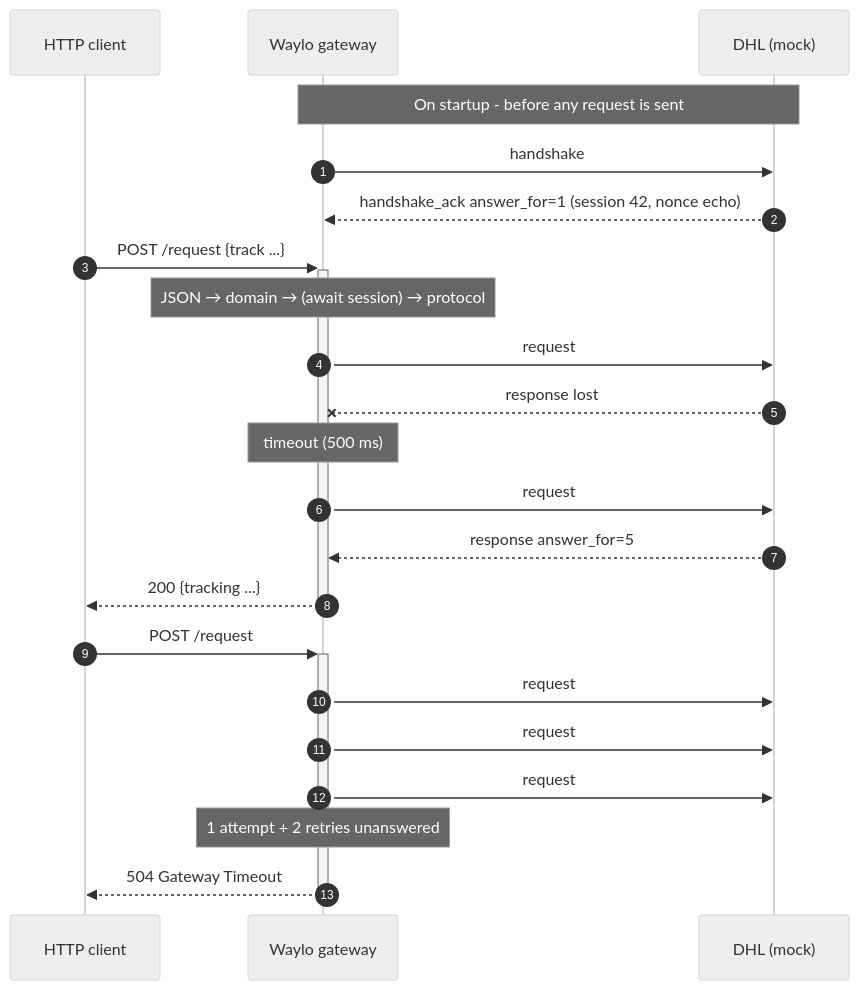
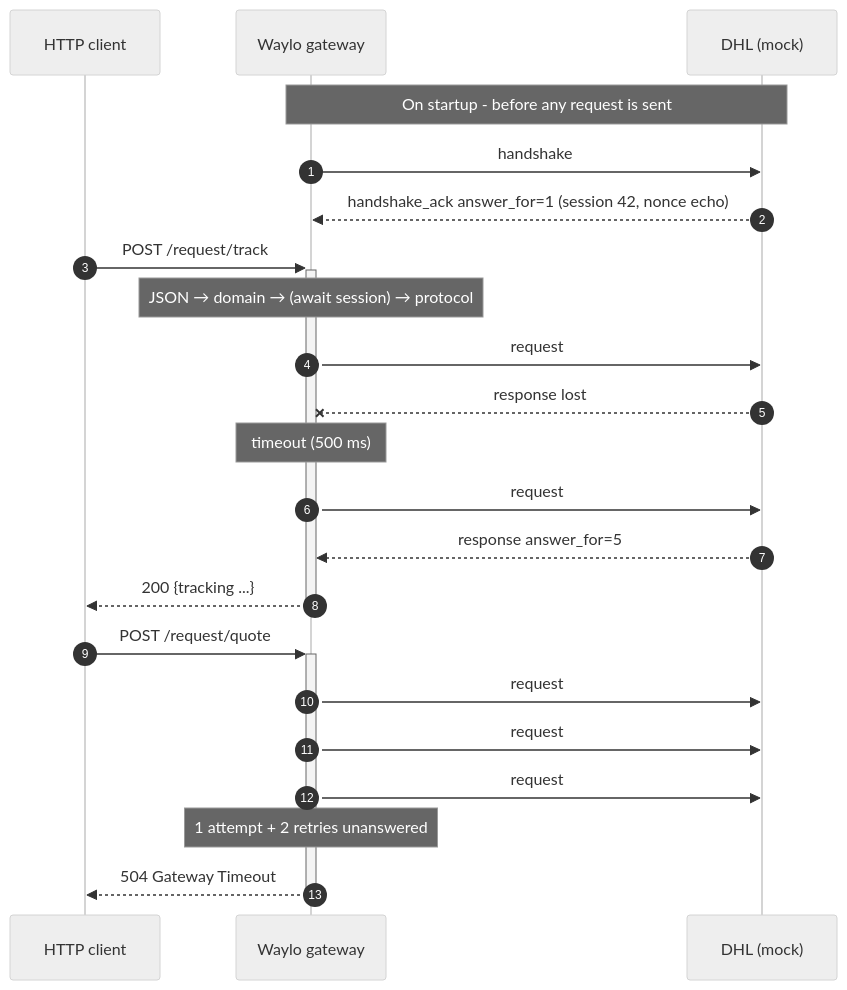
Before and after one commit to ndgynxjnsn-alt/waylo: the eighth of 12 diagrams in README.md, drawn with Mermaid (neutral theme). The commit also changed other lines of this file and 14 other files, not shown here.

````diff
--- a/README.md
+++ b/README.md
@@ -219,27 +222,27 @@
 ```mermaid
 sequenceDiagram
     autonumber
     participant C as HTTP client
     participant G as Waylo gateway
     participant D as DHL (mock)
 
     Note over G,D: On startup - before any request is sent
     G->>D: handshake #1 (client name, nonce)
     D-->>G: handshake_ack answer_for=1 (session 42, nonce echo)
 
-    C->>+G: POST /request {track ...}
+    C->>+G: POST /request/track
     Note over G: JSON → domain → (await session) → protocol
     G->>D: request #5 session=42
     D--xG: response lost
     Note over G: timeout (500 ms)
     G->>D: request #5 [retransmission]
     D-->>G: response answer_for=5
     G-->>-C: 200 {tracking ...}
 
-    C->>+G: POST /request
+    C->>+G: POST /request/quote
     G->>D: request #6
     G->>D: request #6 [retransmission]
     G->>D: request #6 [retransmission]
     Note over G: 1 attempt + 2 retries unanswered
     G-->>-C: 504 Gateway Timeout
 ```
````
